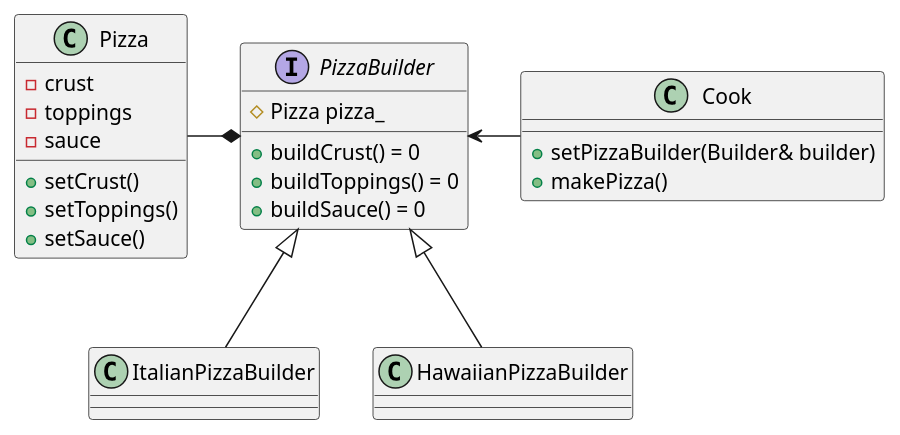
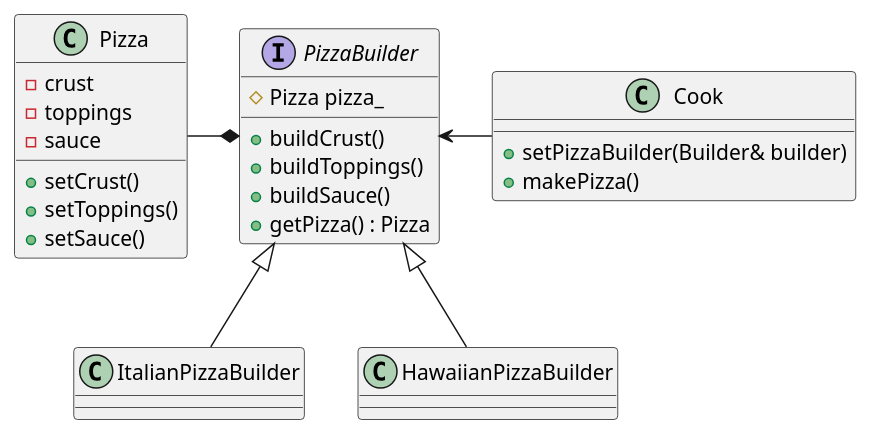
One commit to singhgaurav1302/DesignPatterns changed the diagram in Creational/builder_pattern.puml. Above: the diagram before and after it, drawn with PlantUML.

```diff
--- a/Creational/builder_pattern.puml
+++ b/Creational/builder_pattern.puml
@@ -1,35 +1,36 @@
 @startuml
 
 class Pizza {
   -crust
   -toppings
   -sauce
   +setCrust()
   +setToppings()
   +setSauce()
 }
 
 interface PizzaBuilder {
   #Pizza pizza_
-  +buildCrust() = 0
-  +buildToppings() = 0
-  +buildSauce() = 0
+  +buildCrust()
+  +buildToppings()
+  +buildSauce()
+  +getPizza() : Pizza 
 }
 
 class ItalianPizzaBuilder {
 }
 
 class HawaiianPizzaBuilder {
 }
 
 class Cook {
   +setPizzaBuilder(Builder& builder)
   +makePizza()
 }
 
 PizzaBuilder *-left- Pizza
 PizzaBuilder <|-- ItalianPizzaBuilder
 PizzaBuilder <|-- HawaiianPizzaBuilder
 Cook -left-> PizzaBuilder
 
 @enduml
```
